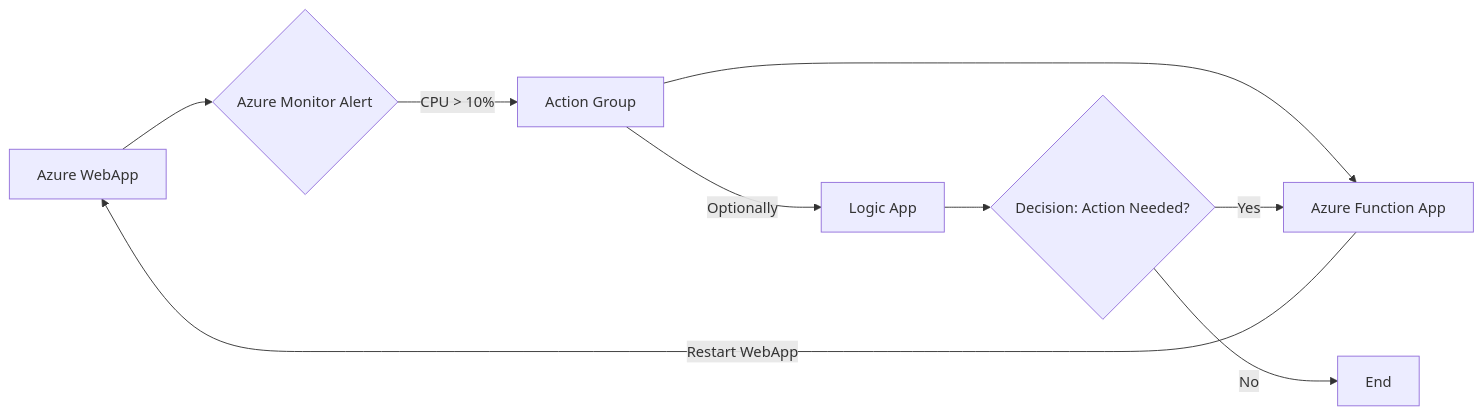
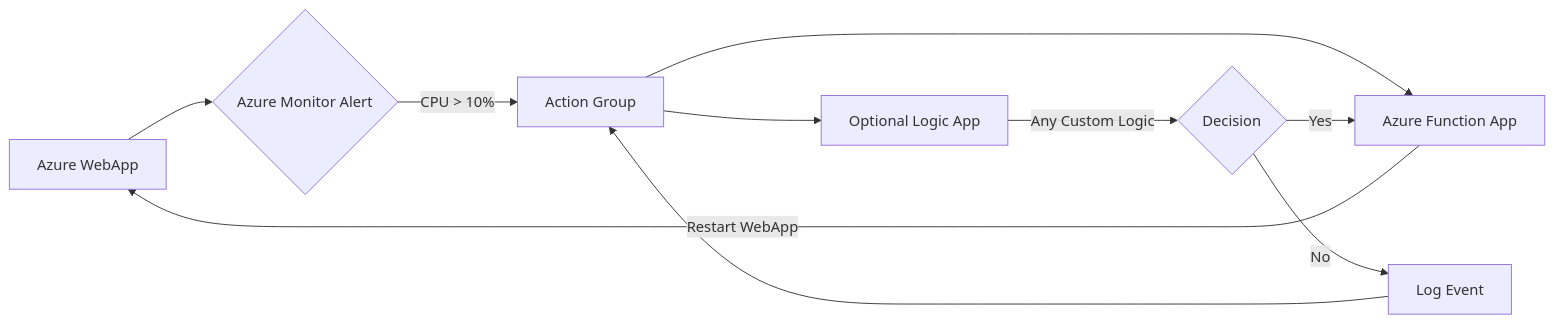
The diagram in diagram.mmd (Jobinjohn2002/Infra_ops), drawn with Mermaid before and after one commit. The commit also changed 2 other files, not shown here.

Commit message:
Auto-generated runbook with diagram image

```diff
--- a/diagram.mmd
+++ b/diagram.mmd
@@ -1,9 +1,10 @@
 graph LR
     A[Azure WebApp] --> B{Azure Monitor Alert};
     B -- CPU > 10% --> C[Action Group];
     C --> D[Azure Function App];
     D -- Restart WebApp --> A;
-    C -- Optionally --> E[Logic App];
-    E --> F{Decision: Action Needed?};
+    C --> E[Optional Logic App];
+    E -- Any Custom Logic --> F{Decision};
     F -- Yes --> D;
-    F -- No --> G[End];
+    F -- No --> G[Log Event];
+    G --> C;
```
